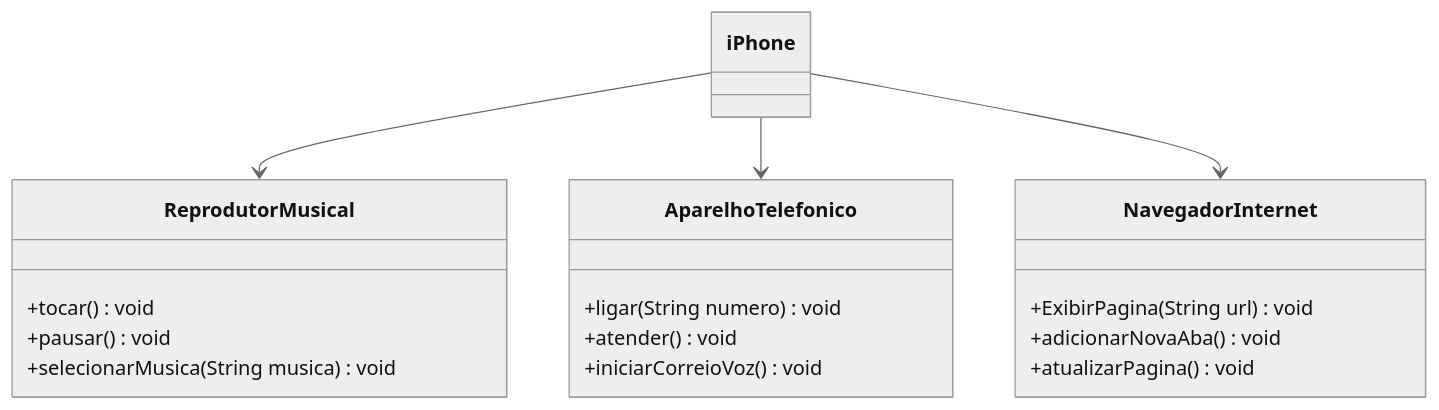
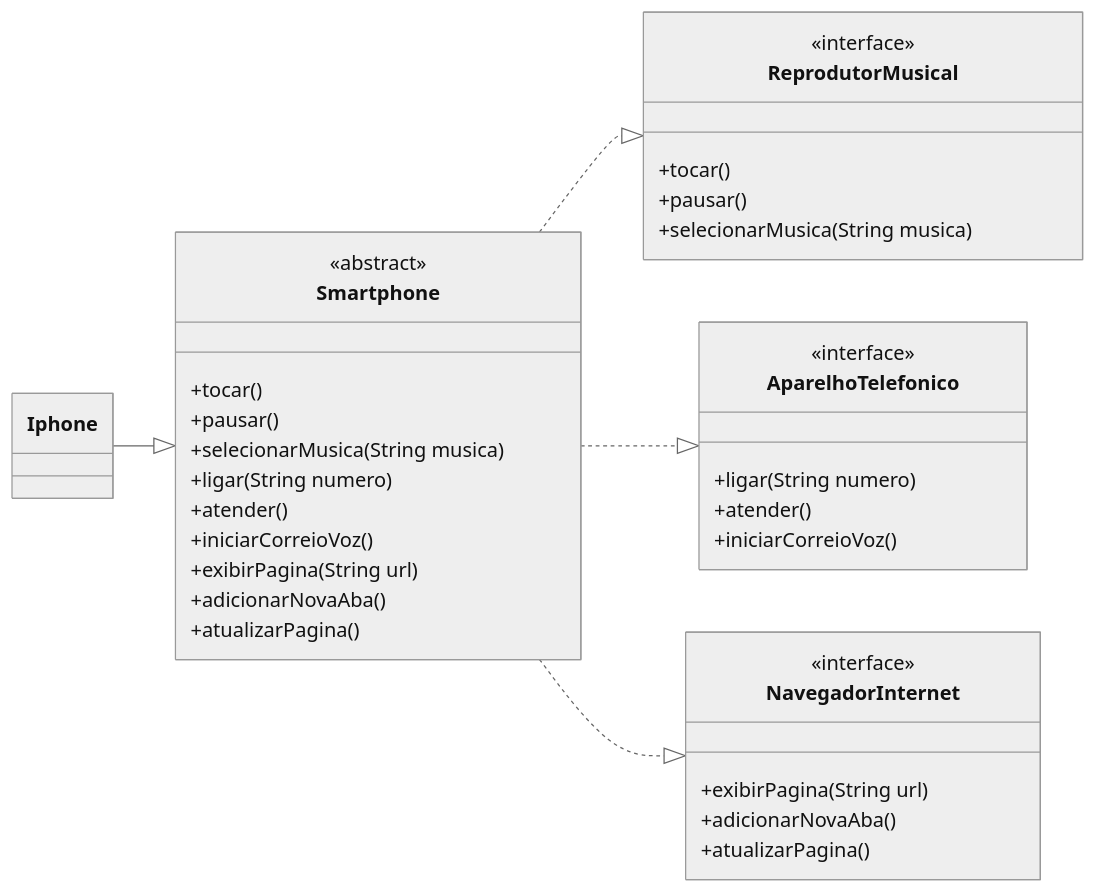
Before and after one commit to PedroSmaxY/trilha-java-basico: the diagram in src/desafios/poo/README.md, drawn with Mermaid (neutral theme). The commit also changed 1 other file, not shown here.

Commit message:
feat: Adicionar diagrama de classes no diretório de desafios de POO

````diff
--- a/src/desafios/poo/README.md
+++ b/src/desafios/poo/README.md
@@ -1,27 +1,45 @@
 ```mermaid
 classDiagram
-    class ReprodutorMusical {
-        +tocar() void
-        +pausar() void
-        +selecionarMusica(String musica) void
-    }
-
+    direction LR
     class AparelhoTelefonico {
-        +ligar(String numero) void
-        +atender() void
-        +iniciarCorreioVoz() void
+        <<interface>>
+        +ligar(String numero)
+        +atender()
+        +iniciarCorreioVoz()
     }
 
     class NavegadorInternet {
-        +ExibirPagina(String url) void
-        +adicionarNovaAba() void
-        +atualizarPagina() void
+        <<interface>>
+        +exibirPagina(String url)
+        +adicionarNovaAba()
+        +atualizarPagina()
     }
 
-    class iPhone {
+    class ReprodutorMusical {
+        <<interface>>
+        +tocar()
+        +pausar()
+        +selecionarMusica(String musica)
     }
 
-    iPhone --> ReprodutorMusical
-    iPhone --> AparelhoTelefonico
-    iPhone --> NavegadorInternet
+    class Smartphone {
+        <<abstract>>
+        +tocar()
+        +pausar()
+        +selecionarMusica(String musica)
+        +ligar(String numero)
+        +atender()
+        +iniciarCorreioVoz()
+        +exibirPagina(String url)
+        +adicionarNovaAba()
+        +atualizarPagina()
+    }
+
+    class Iphone {
+    }
+
+    Smartphone ..|> ReprodutorMusical
+    Smartphone ..|> AparelhoTelefonico
+    Smartphone ..|> NavegadorInternet
+    Iphone --|> Smartphone
 ```
````
